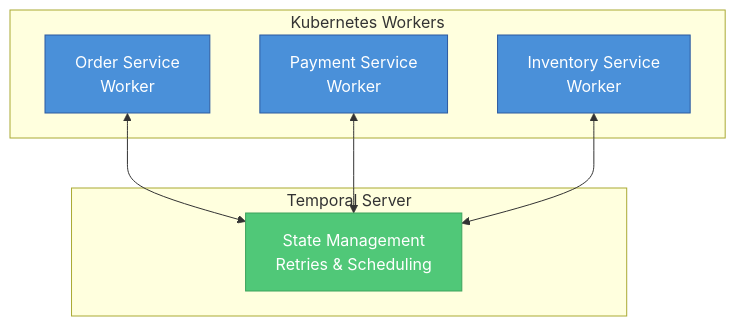
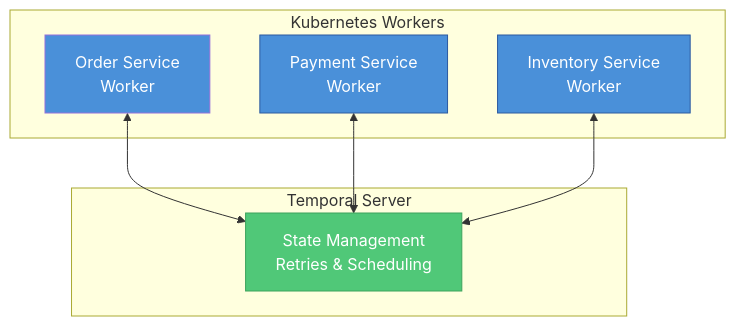
One commit to mcgsoftware/tempy changed the first of 3 diagrams in temporal.md. Above: the diagram before and after it, drawn with Mermaid.

Commit message:
Change stroke color for OS style in temporal.md

````diff
--- a/temporal.md
+++ b/temporal.md
@@ -53,21 +53,21 @@
 ```mermaid
 flowchart TB
     subgraph Workers["Kubernetes Workers"]
         OS[Order Service<br/>Worker]
         PS[Payment Service<br/>Worker]
         IS[Inventory Service<br/>Worker]
     end
     
     subgraph Temporal["Temporal Server"]
         TS[State Management<br/>Retries & Scheduling]
     end
     
     OS <--> TS
     PS <--> TS
     IS <--> TS
     
-    style OS fill:#4a90d9,stroke:#2c5aa0,color:#fff
+    style OS fill:#4a90d9,stroke:#white,color:#fff
     style PS fill:#4a90d9,stroke:#2c5aa0,color:#fff
     style IS fill:#4a90d9,stroke:#2c5aa0,color:#fff
     style TS fill:#50c878,stroke:#3da35d,color:#fff
 ```
````
